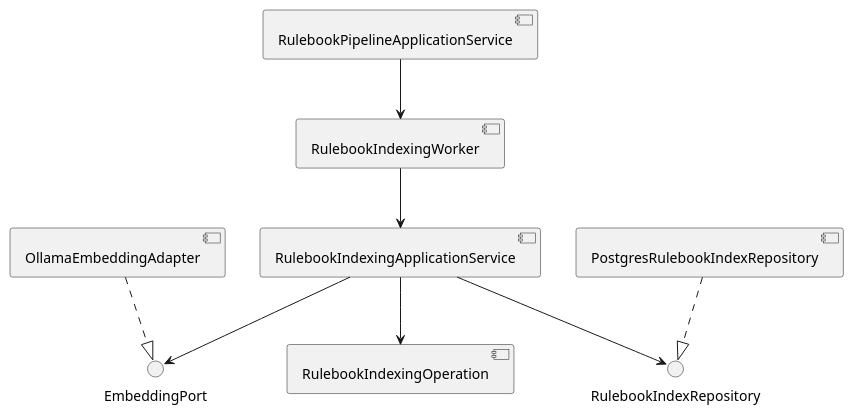
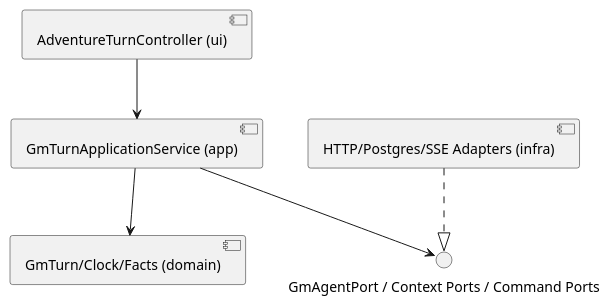
The third of 3 diagrams in docs/specs/architecture-spec.md (omegafrog/dnd-master), drawn with PlantUML before and after one commit. The commit also changed other lines of this file and 47 other files, not shown here.

````diff
--- a/docs/specs/architecture-spec.md
+++ b/docs/specs/architecture-spec.md
@@ -128,20 +251,13 @@
 ```plantuml
 @startuml
-component "RulebookPipelineApplicationService" as pipeline
-component "RulebookIndexingWorker" as worker
-component "RulebookIndexingApplicationService" as app
-component "RulebookIndexingOperation" as domain
-interface "EmbeddingPort" as embed
-interface "RulebookIndexRepository" as repo
-component "OllamaEmbeddingAdapter" as ollama
-component "PostgresRulebookIndexRepository" as postgres
-
-pipeline --> worker
-worker --> app
-app --> domain
-app --> embed
-app --> repo
-ollama ..|> embed
-postgres ..|> repo
+component "AdventureTurnController (ui)" as C
+component "GmTurnApplicationService (app)" as A
+component "GmTurn/Clock/Facts (domain)" as D
+interface "GmAgentPort / Context Ports / Command Ports" as P
+component "HTTP/Postgres/SSE Adapters (infra)" as I
+C --> A
+A --> D
+A --> P
+I ..|> P
 @enduml
 ```
````
